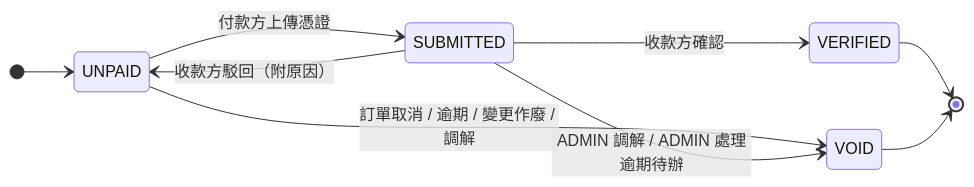
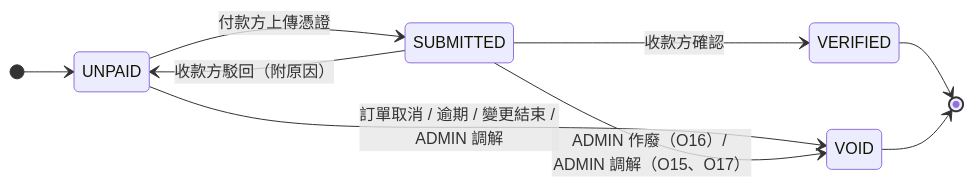
One commit to willchiangch/cat-sitter-project changed the second of 3 diagrams in docs/sa/00-DOMAIN-BASELINE.md. Above: the diagram before and after it, drawn with Mermaid. The commit also changed other lines of this file and 4 other files, not shown here.

````diff
--- a/docs/sa/00-DOMAIN-BASELINE.md
+++ b/docs/sa/00-DOMAIN-BASELINE.md
@@ -143,12 +151,12 @@
 ```mermaid
 stateDiagram-v2
     direction LR
     [*] --> UNPAID
     UNPAID --> SUBMITTED: 付款方上傳憑證
     SUBMITTED --> VERIFIED: 收款方確認
     SUBMITTED --> UNPAID: 收款方駁回（附原因）
-    UNPAID --> VOID: 訂單取消 / 逾期 / 變更作廢 / 調解
-    SUBMITTED --> VOID: ADMIN 調解 / ADMIN 處理逾期待辦
+    UNPAID --> VOID: 訂單取消 / 逾期 / 變更結束 / ADMIN 調解
+    SUBMITTED --> VOID: ADMIN 作廢（O16）/ ADMIN 調解（O15、O17）
     VERIFIED --> [*]
     VOID --> [*]
 ```
````
